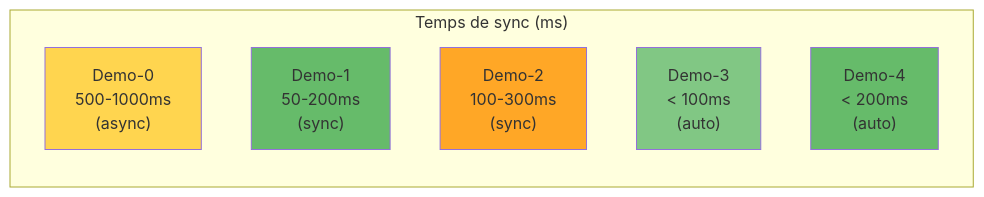
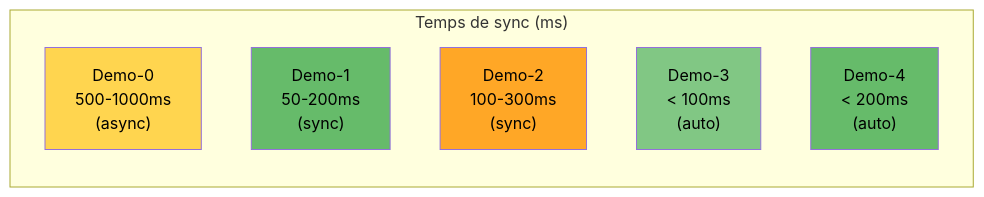
Diagram 24 of 39 in 02-DIAGRAMMES_ARCHITECTURES.md (inskillflow/auths-1-NEXTJS-introduction), drawn with Mermaid before and after one commit. The commit also changed other lines of this file, not shown here.

````diff
--- a/02-DIAGRAMMES_ARCHITECTURES.md
+++ b/02-DIAGRAMMES_ARCHITECTURES.md
@@ -846,16 +846,16 @@
 ```mermaid
 graph LR
     subgraph "Temps de sync (ms)"
         D0["Demo-0<br/>500-1000ms<br/>(async)"]
         D1["Demo-1<br/>50-200ms<br/>(sync)"]
         D2["Demo-2<br/>100-300ms<br/>(sync)"]
         D3["Demo-3<br/>< 100ms<br/>(auto)"]
         D4["Demo-4<br/>< 200ms<br/>(auto)"]
     end
     
-    style D0 fill:#ffd54f
-    style D1 fill:#66bb6a
-    style D2 fill:#ffa726
-    style D3 fill:#81c784
-    style D4 fill:#66bb6a
+    style D0 fill:#ffd54f,color:#000
+    style D1 fill:#66bb6a,color:#000
+    style D2 fill:#ffa726,color:#000
+    style D3 fill:#81c784,color:#000
+    style D4 fill:#66bb6a,color:#000
 ```
````
